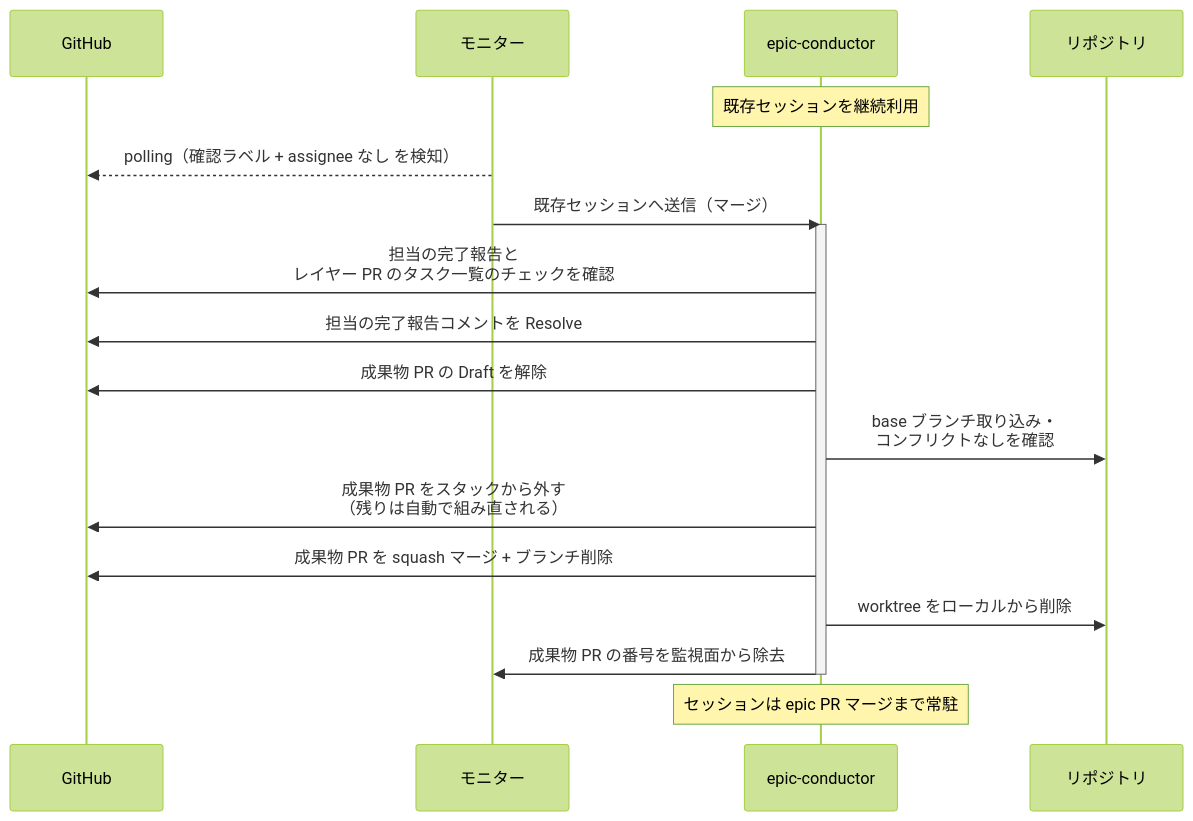
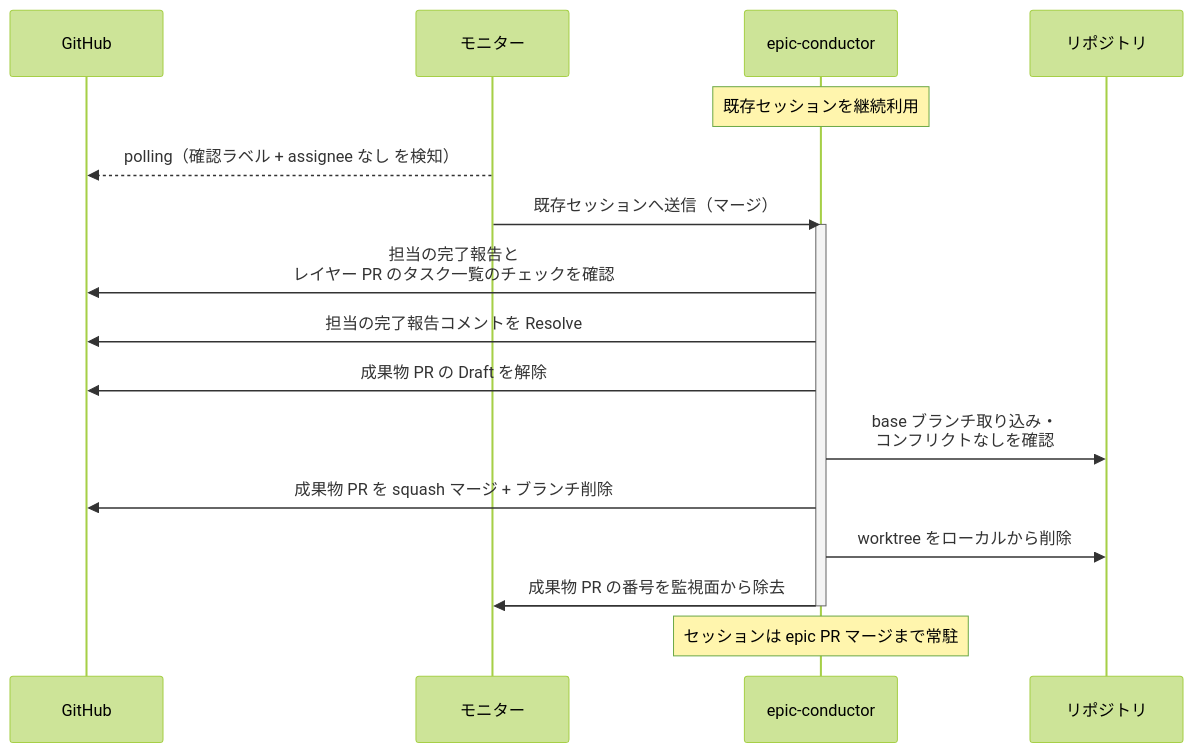
The first of 7 diagrams in docs/wiki/設計図/シナリオ/単一ユースケース/マージ.md (shuhei1101/ai-monitor), drawn with Mermaid (forest theme) before and after one commit. The commit also changed other lines of this file and 108 other files, not shown here.

````diff
--- a/docs/wiki/設計図/シナリオ/単一ユースケース/マージ.md
+++ b/docs/wiki/設計図/シナリオ/単一ユースケース/マージ.md
@@ -28,22 +27,21 @@
 ```mermaid
 sequenceDiagram
   participant GH as GitHub
   participant ORC as モニター
   participant MON as epic-conductor
   participant REPO as リポジトリ
 
   Note over MON: 既存セッションを継続利用
   ORC-->>GH: polling（確認ラベル + assignee なし を検知）
   ORC->>MON: 既存セッションへ送信（マージ）
   activate MON
   MON->>GH: 担当の完了報告と<br>レイヤー PR のタスク一覧のチェックを確認
   MON->>GH: 担当の完了報告コメントを Resolve
   MON->>GH: 成果物 PR の Draft を解除
   MON->>REPO: base ブランチ取り込み・<br>コンフリクトなしを確認
-  MON->>GH: 成果物 PR をスタックから外す<br>（残りは自動で組み直される）
   MON->>GH: 成果物 PR を squash マージ + ブランチ削除
   MON->>REPO: worktree をローカルから削除
   MON->>ORC: 成果物 PR の番号を監視面から除去
   deactivate MON
   Note over MON: セッションは epic PR マージまで常駐
 ```
````
